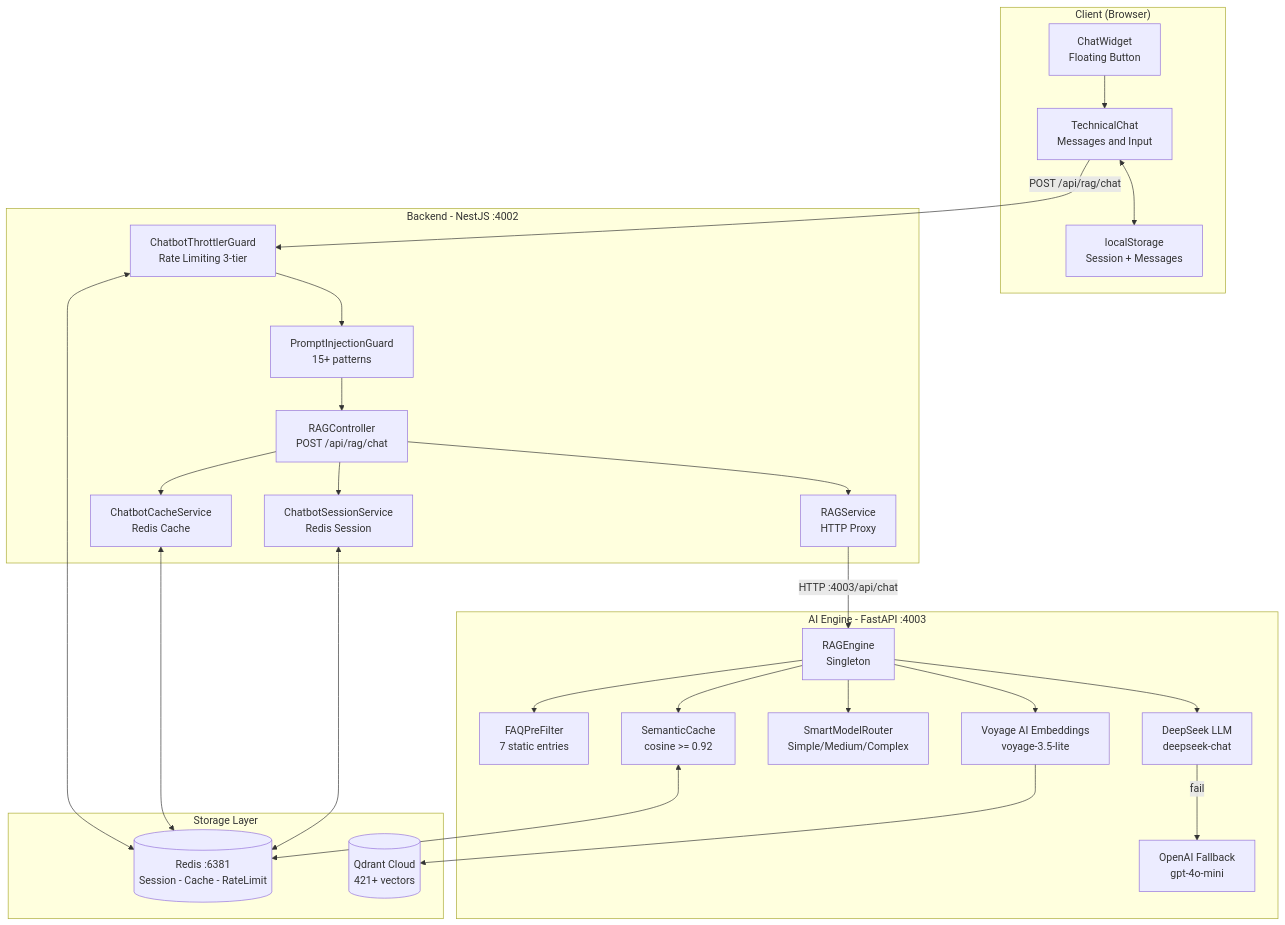
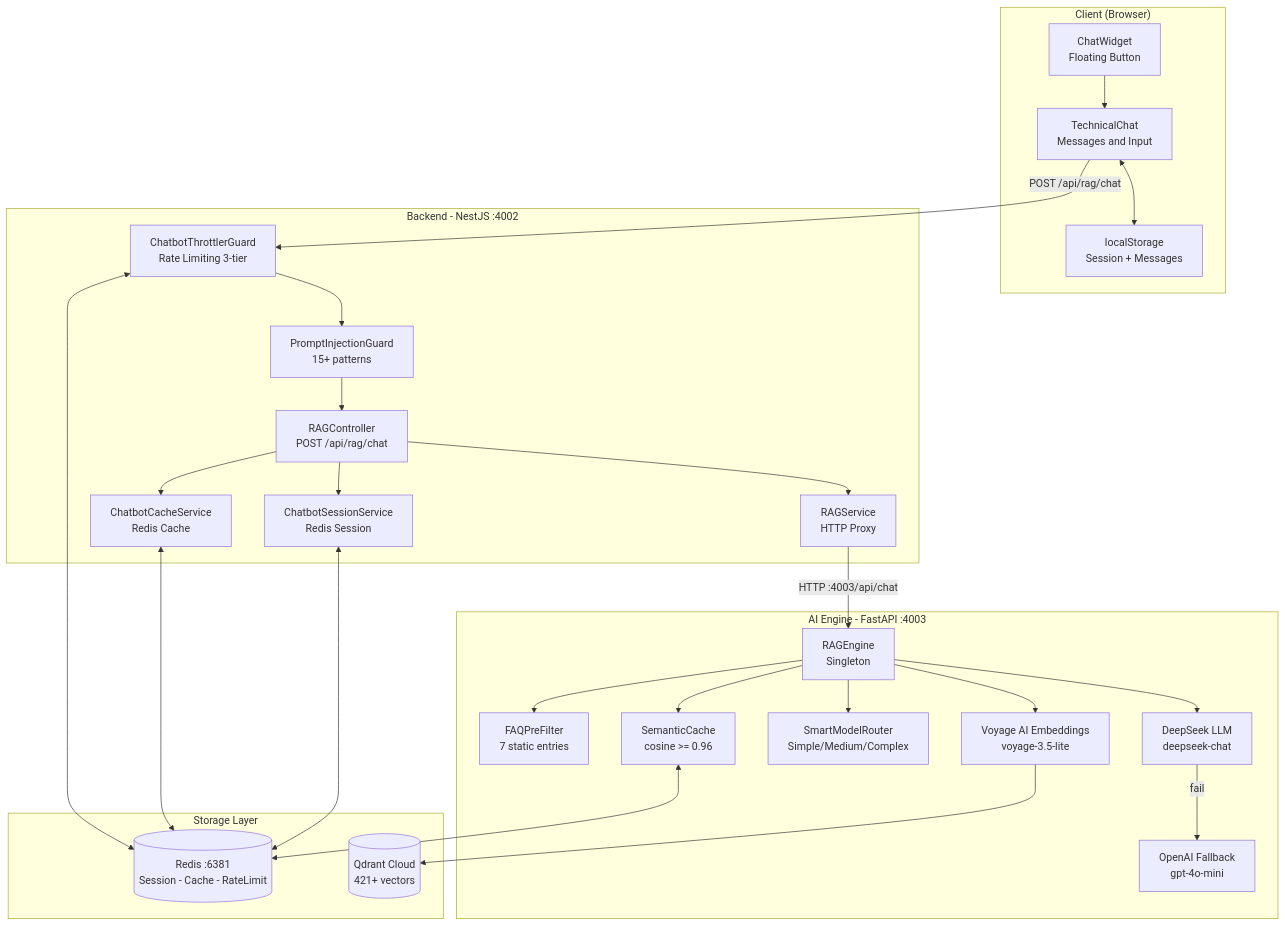
The first of 15 diagrams in docs/ai-engine/chatbot-diagrams.md (truongvinhkhuong/tdh-tte), drawn with Mermaid before and after one commit. The commit also changed other lines of this file and 23 other files, not shown here.

````diff
--- a/docs/ai-engine/chatbot-diagrams.md
+++ b/docs/ai-engine/chatbot-diagrams.md
@@ -29,54 +29,54 @@
 ```mermaid
 graph TB
     subgraph CLIENT["Client (Browser)"]
         CW[ChatWidget\nFloating Button]
         TC[TechnicalChat\nMessages and Input]
         LS[localStorage\nSession + Messages]
         CW --> TC
         TC <--> LS
     end
 
     subgraph BACKEND["Backend - NestJS :4002"]
         TG[ChatbotThrottlerGuard\nRate Limiting 3-tier]
         PIG[PromptInjectionGuard\n15+ patterns]
         RC[RAGController\nPOST /api/rag/chat]
         SS[ChatbotSessionService\nRedis Session]
         CS[ChatbotCacheService\nRedis Cache]
         RS[RAGService\nHTTP Proxy]
 
         TG --> PIG --> RC
         RC --> CS
         RC --> SS
         RC --> RS
     end
 
     subgraph AI_ENGINE["AI Engine - FastAPI :4003"]
         FAQ[FAQPreFilter\n7 static entries]
-        SC[SemanticCache\ncosine >= 0.92]
+        SC[SemanticCache\ncosine >= 0.96]
         MR[SmartModelRouter\nSimple/Medium/Complex]
         RE[RAGEngine\nSingleton]
         LLM_DS[DeepSeek LLM\ndeepseek-chat]
         LLM_OAI[OpenAI Fallback\ngpt-4o-mini]
         EMB[Voyage AI Embeddings\nvoyage-3.5-lite]
 
         RE --> FAQ
         RE --> SC
         RE --> MR
         RE --> EMB
         RE --> LLM_DS
         LLM_DS -- "fail" --> LLM_OAI
     end
 
     subgraph STORAGE["Storage Layer"]
         REDIS[(Redis :6381\nSession - Cache - RateLimit)]
         QDRANT[(Qdrant Cloud\n421+ vectors)]
     end
 
     TC -- "POST /api/rag/chat" --> TG
     RS -- "HTTP :4003/api/chat" --> RE
     SS <--> REDIS
     CS <--> REDIS
     TG <--> REDIS
     EMB --> QDRANT
     SC <--> REDIS
 ```
````
